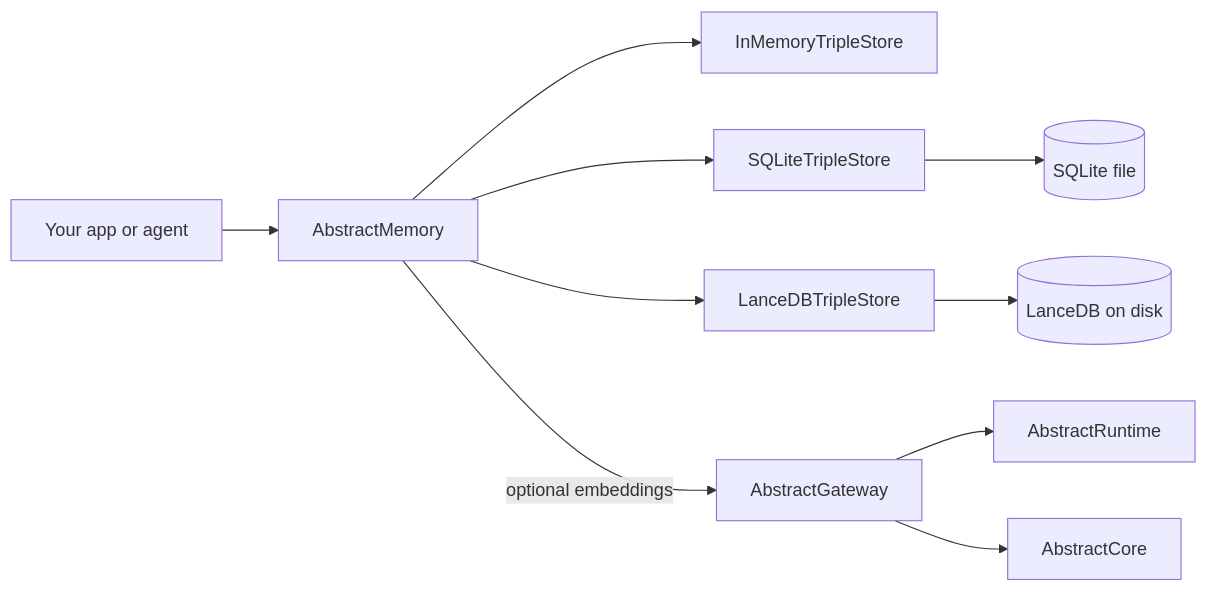
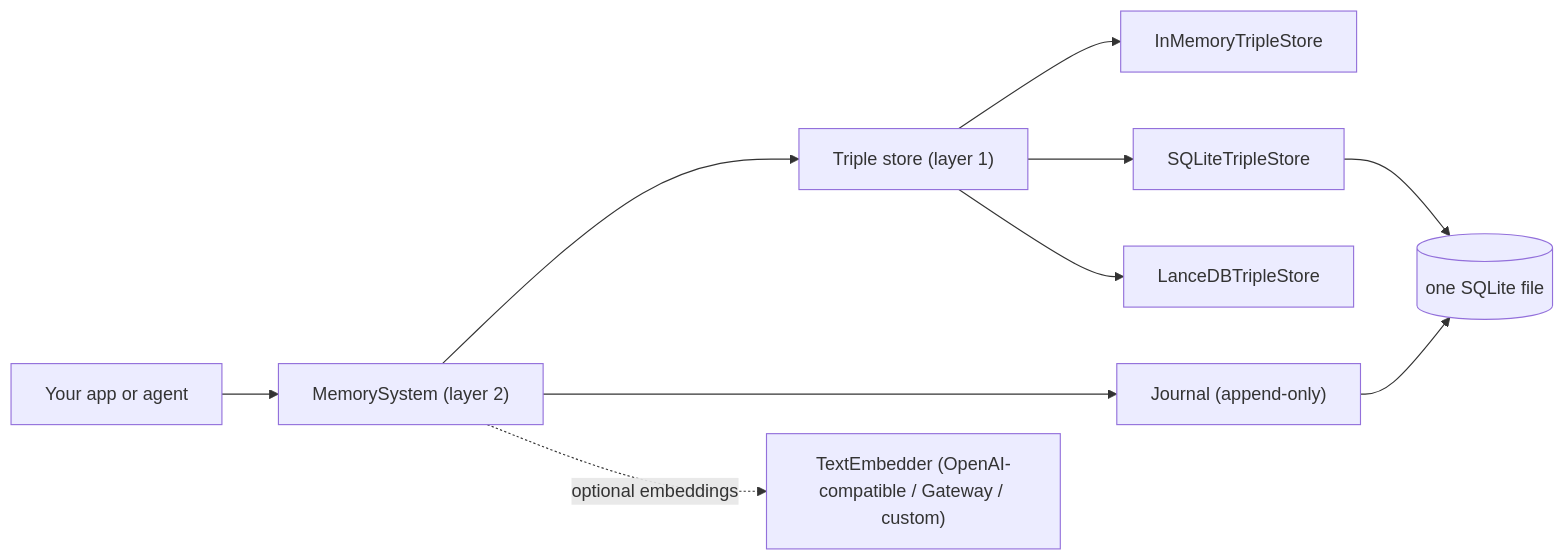
The diagram in README.md (lpalbou/AbstractMemory), drawn with Mermaid before and after one commit. The commit also changed other lines of this file and 102 other files, not shown here.

First line of the commit message:
Memory-system engine v1: emergent working memory over one usage-weighted graph

````diff
--- a/README.md
+++ b/README.md
@@ -23,13 +20,12 @@
 ```mermaid
 flowchart LR
-  APP["Your app or agent"] --> AM["AbstractMemory"]
-  AM --> IM["InMemoryTripleStore"]
-  AM --> SQL["SQLiteTripleStore"]
-  AM --> LDB["LanceDBTripleStore"]
-  SQL --> SQLITE[("SQLite file")]
-  LDB --> DISK[("LanceDB on disk")]
-
-  AM -- "optional embeddings" --> GW["AbstractGateway"]
-  GW --> AR["AbstractRuntime"]
-  GW --> AC["AbstractCore"]
+  APP["Your app or agent"] --> MS["MemorySystem (layer 2)"]
+  MS --> ST["Triple store (layer 1)"]
+  MS --> J["Journal (append-only)"]
+  ST --> IM["InMemoryTripleStore"]
+  ST --> SQL["SQLiteTripleStore"]
+  ST --> LDB["LanceDBTripleStore"]
+  SQL --> F[("one SQLite file")]
+  J --> F
+  MS -. "optional embeddings" .-> E["TextEmbedder (OpenAI-compatible / Gateway / custom)"]
 ```
````
